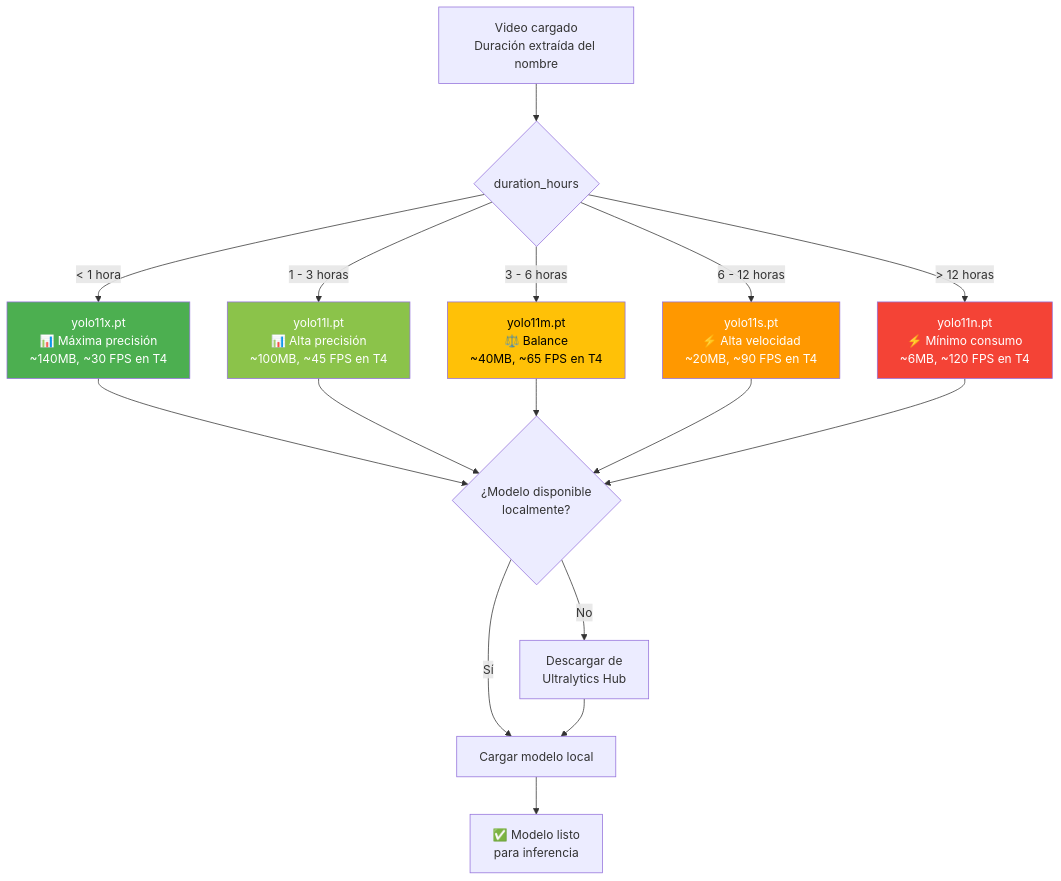
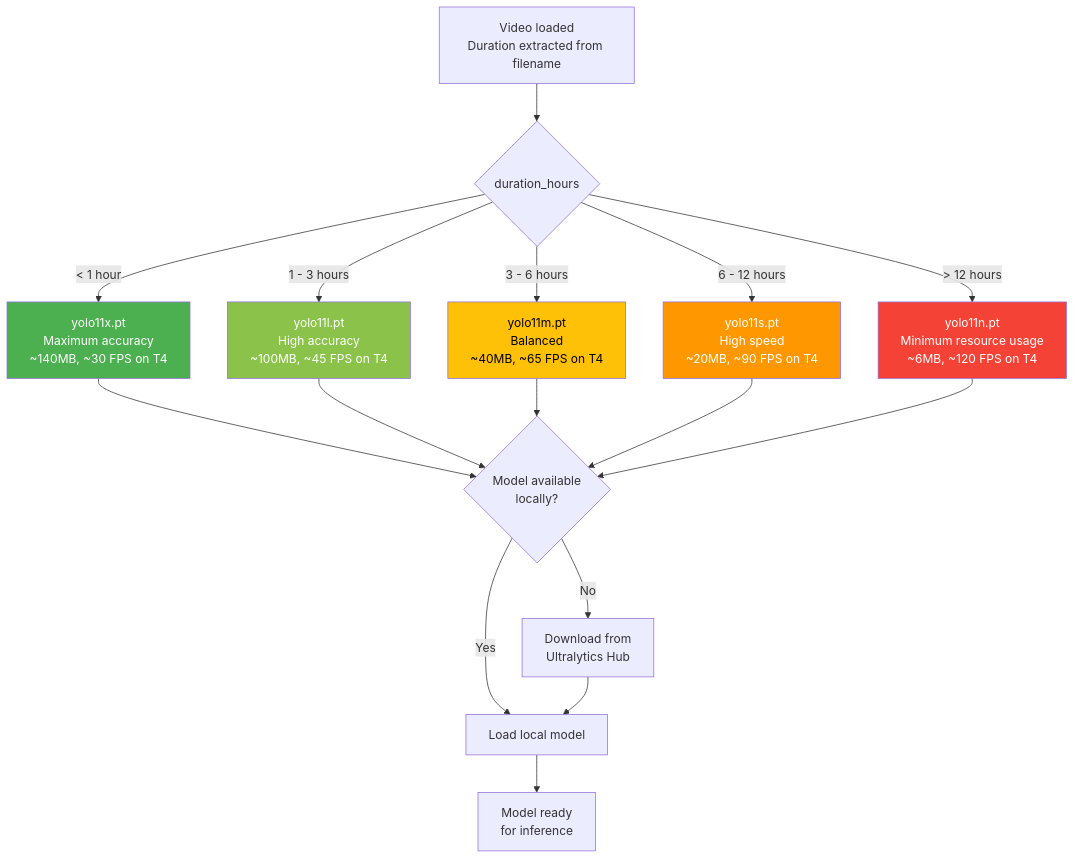
One commit to aka-titesen/vaaet changed the diagram in Docs/diagrams/model-selection.md. Above: the diagram before and after it, drawn with Mermaid. The commit also changed other lines of this file and 44 other files, not shown here.

````diff
--- a/Docs/diagrams/model-selection.md
+++ b/Docs/diagrams/model-selection.md
@@ -8,24 +8,24 @@
 ```mermaid
 flowchart TD
-    A[Video cargado<br/>Duración extraída del nombre] --> B{duration_hours}
+    A[Video loaded<br/>Duration extracted from filename] --> B{duration_hours}
     
-    B -->|< 1 hora| C[yolo11x.pt<br/>📊 Máxima precisión<br/>~140MB, ~30 FPS en T4]
-    B -->|1 - 3 horas| D[yolo11l.pt<br/>📊 Alta precisión<br/>~100MB, ~45 FPS en T4]
-    B -->|3 - 6 horas| E[yolo11m.pt<br/>⚖️ Balance<br/>~40MB, ~65 FPS en T4]
-    B -->|6 - 12 horas| F[yolo11s.pt<br/>⚡ Alta velocidad<br/>~20MB, ~90 FPS en T4]
-    B -->|> 12 horas| G[yolo11n.pt<br/>⚡ Mínimo consumo<br/>~6MB, ~120 FPS en T4]
+    B -->|< 1 hour| C[yolo11x.pt<br/>Maximum accuracy<br/>~140MB, ~30 FPS on T4]
+    B -->|1 - 3 hours| D[yolo11l.pt<br/>High accuracy<br/>~100MB, ~45 FPS on T4]
+    B -->|3 - 6 hours| E[yolo11m.pt<br/>Balanced<br/>~40MB, ~65 FPS on T4]
+    B -->|6 - 12 hours| F[yolo11s.pt<br/>High speed<br/>~20MB, ~90 FPS on T4]
+    B -->|> 12 hours| G[yolo11n.pt<br/>Minimum resource usage<br/>~6MB, ~120 FPS on T4]
     
-    C & D & E & F & G --> H{¿Modelo disponible<br/>localmente?}
+    C & D & E & F & G --> H{Model available<br/>locally?}
     
-    H -->|Sí| I[Cargar modelo local]
-    H -->|No| J[Descargar de<br/>Ultralytics Hub]
+    H -->|Yes| I[Load local model]
+    H -->|No| J[Download from<br/>Ultralytics Hub]
     
     J --> I
-    I --> K[✅ Modelo listo<br/>para inferencia]
+    I --> K[Model ready<br/>for inference]
 
     style C fill:#4CAF50,color:#fff
     style D fill:#8BC34A,color:#fff
     style E fill:#FFC107,color:#000
     style F fill:#FF9800,color:#fff
     style G fill:#F44336,color:#fff
 ```
````
